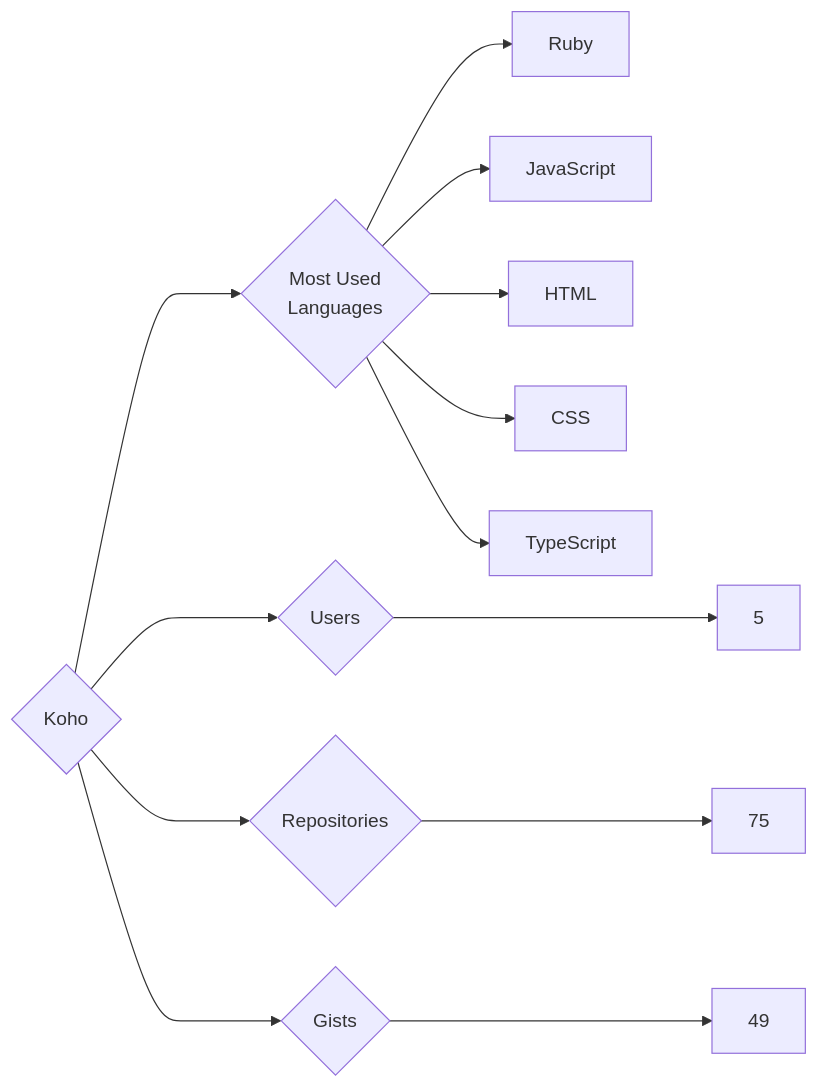
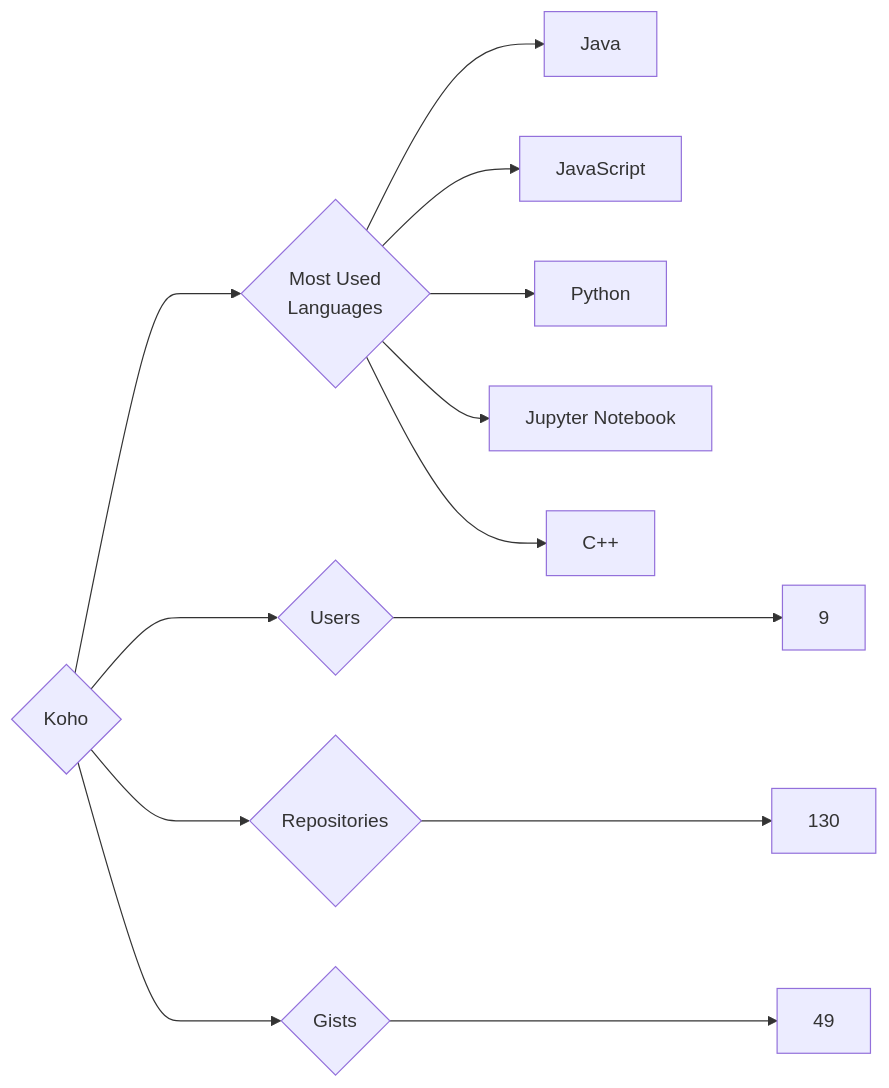
One commit to trickest/insiders changed the diagram in targets/Koho/README.md. Above: the diagram before and after it, drawn with Mermaid. The commit also changed 914 other files, not shown here.

````diff
--- a/targets/Koho/README.md
+++ b/targets/Koho/README.md
@@ -3,13 +3,13 @@
 ```mermaid
 graph LR
 COMPANY_NAME{Koho}
-COMPANY_NAME ---> U{Users} ---> UN[5]
-COMPANY_NAME ---> R{Repositories} ---> RN[75]
+COMPANY_NAME ---> U{Users} ---> UN[9]
+COMPANY_NAME ---> R{Repositories} ---> RN[130]
 COMPANY_NAME ---> G{Gists} ---> GN[49]
 COMPANY_NAME ---> ML{Most Used<br>Languages}
-ML --> Ruby[Ruby]
+ML --> Java[Java]
 ML --> JavaScript[JavaScript]
-ML --> HTML[HTML]
-ML --> CSS[CSS]
-ML --> TypeScript[TypeScript]
+ML --> Python[Python]
+ML --> Jupyter_Notebook[Jupyter Notebook]
+ML --> C++[C++]
 ```
````
